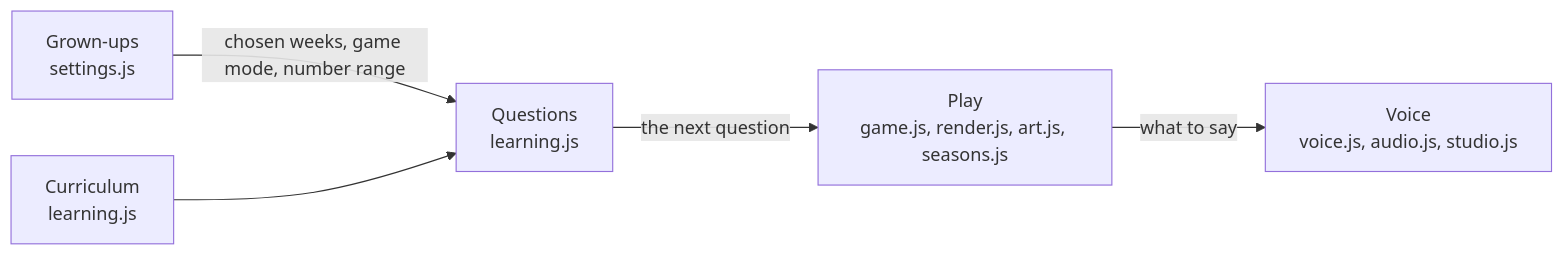
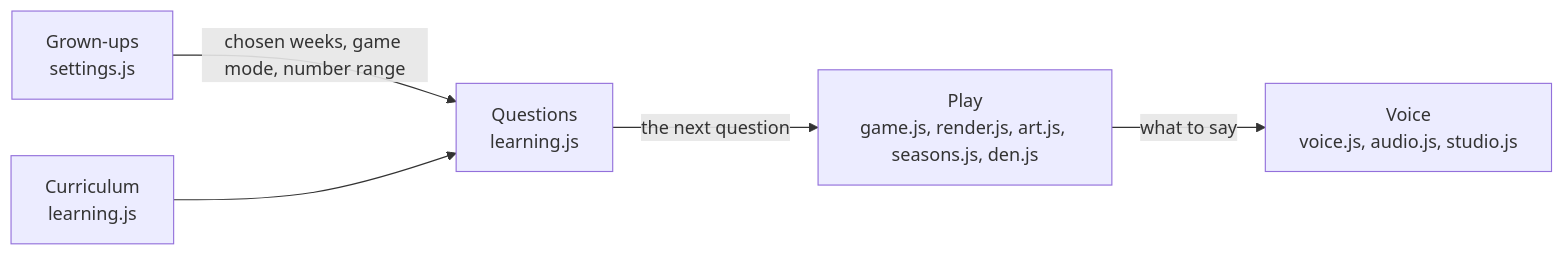
One commit to dao-wolf/doodle-builders changed the diagram in docs/domain.md. Above: the diagram before and after it, drawn with Mermaid. The commit also changed other lines of this file and 27 other files, not shown here.

````diff
--- a/docs/domain.md
+++ b/docs/domain.md
@@ -37,7 +37,7 @@
 ```mermaid
 flowchart LR
   GU["Grown-ups<br/>settings.js"] -- "chosen weeks, game mode, number range" --> Q
   C["Curriculum<br/>learning.js"] --> Q["Questions<br/>learning.js"]
-  Q -- "the next question" --> P["Play<br/>game.js, render.js, art.js, seasons.js"]
+  Q -- "the next question" --> P["Play<br/>game.js, render.js, art.js, seasons.js, den.js"]
   P -- "what to say" --> V["Voice<br/>voice.js, audio.js, studio.js"]
 ```
````
